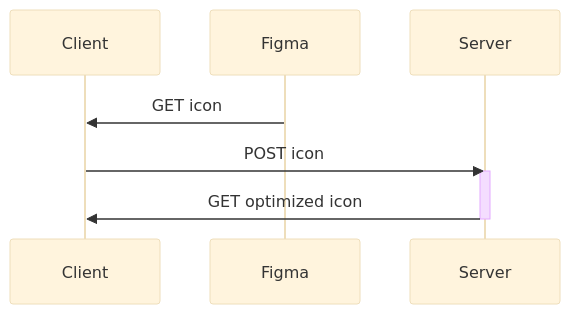
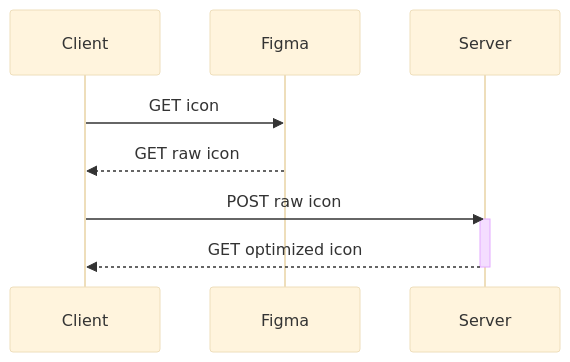
One commit to Talend/ux-tools changed the first of 2 diagrams in README.md. Above: the diagram before and after it, drawn with Mermaid (base theme). The commit also changed other lines of this file, not shown here.

````diff
--- a/README.md
+++ b/README.md
@@ -22,11 +26,12 @@
 ```mermaid
 sequenceDiagram
     participant C as Client
     participant F as Figma
     participant S as Server
-    F->>C: GET icon
-    C->>S: POST icon
+    C->>F: GET icon
+    F-->>C: GET raw icon
+    C->>S: POST  raw icon
     activate S
-    S->>C: GET optimized icon
+    S-->>C: GET optimized icon
     deactivate S
 ```
````
